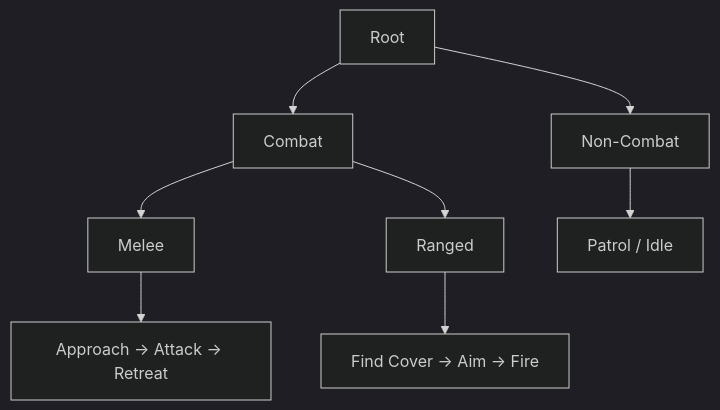
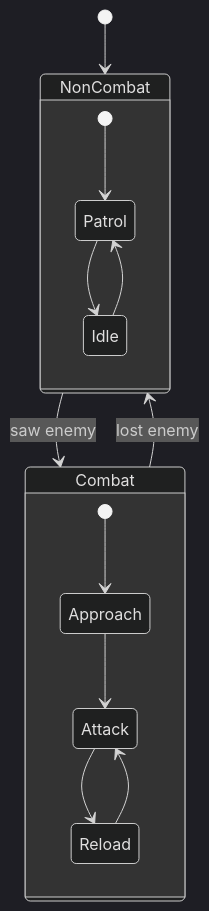
The third of 8 diagrams in github-pages/docs/ai-ml/game-ai.md (AndrewAltimit/Documentation), drawn with Mermaid (dark theme) before and after one commit. The commit also changed other lines of this file and 240 other files, not shown here.

````diff
--- a/github-pages/docs/ai-ml/game-ai.md
+++ b/github-pages/docs/ai-ml/game-ai.md
@@ -232,10 +137,17 @@
 ```mermaid
-flowchart TD
-    Root --> Combat
-    Root --> NonCombat["Non-Combat"]
-    Combat --> Melee
-    Combat --> Ranged
-    Melee --> M1["Approach → Attack → Retreat"]
-    Ranged --> R1["Find Cover → Aim → Fire"]
-    NonCombat --> N1["Patrol / Idle"]
+stateDiagram-v2
+    [*] --> NonCombat
+    state NonCombat {
+        [*] --> Patrol
+        Patrol --> Idle
+        Idle --> Patrol
+    }
+    state Combat {
+        [*] --> Approach
+        Approach --> Attack
+        Attack --> Reload
+        Reload --> Attack
+    }
+    NonCombat --> Combat: saw enemy
+    Combat --> NonCombat: lost enemy
 ```
````
